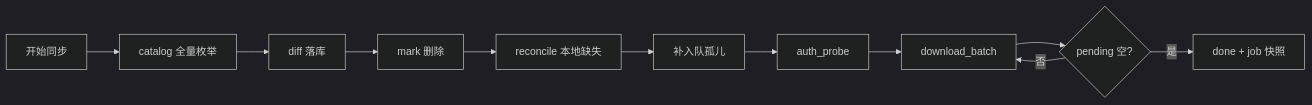
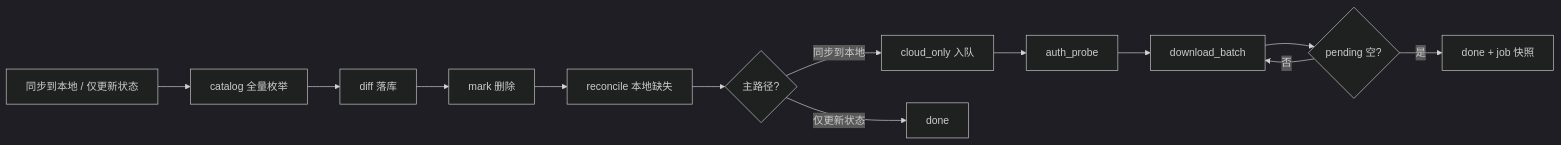
The second of 3 diagrams in apps/admin/src/views/album/cloudSyncFlow.md (cz6c/ll-admin), drawn with Mermaid (dark theme) before and after one commit. The commit also changed other lines of this file and 9 other files, not shown here.

````diff
--- a/apps/admin/src/views/album/cloudSyncFlow.md
+++ b/apps/admin/src/views/album/cloudSyncFlow.md
@@ -65,13 +68,15 @@
 ```mermaid
 flowchart LR
-  A[开始同步] --> B[catalog 全量枚举]
+  R[同步到本地 / 仅更新状态] --> B[catalog 全量枚举]
   B --> C[diff 落库]
   C --> D[mark 删除]
   D --> E[reconcile 本地缺失]
-  E --> F[补入队孤儿]
+  E --> S{主路径?}
+  S -->|同步到本地| F[cloud_only 入队]
+  S -->|仅更新状态| Z[done]
   F --> G[auth_probe]
   G --> H[download_batch]
   H --> I{pending 空?}
   I -->|否| H
   I -->|是| J[done + job 快照]
 ```
````
